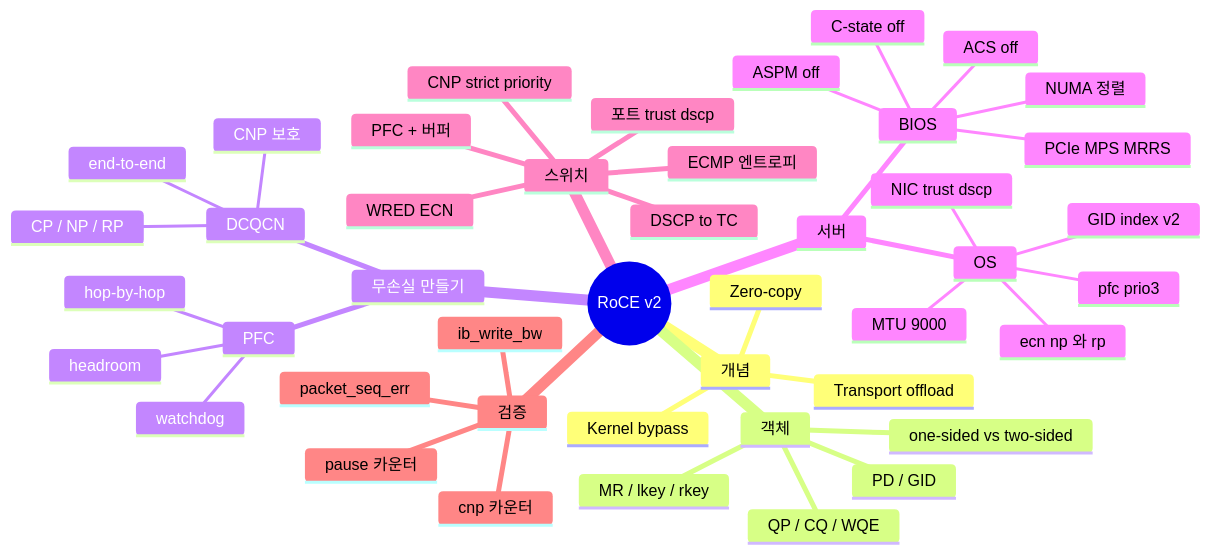
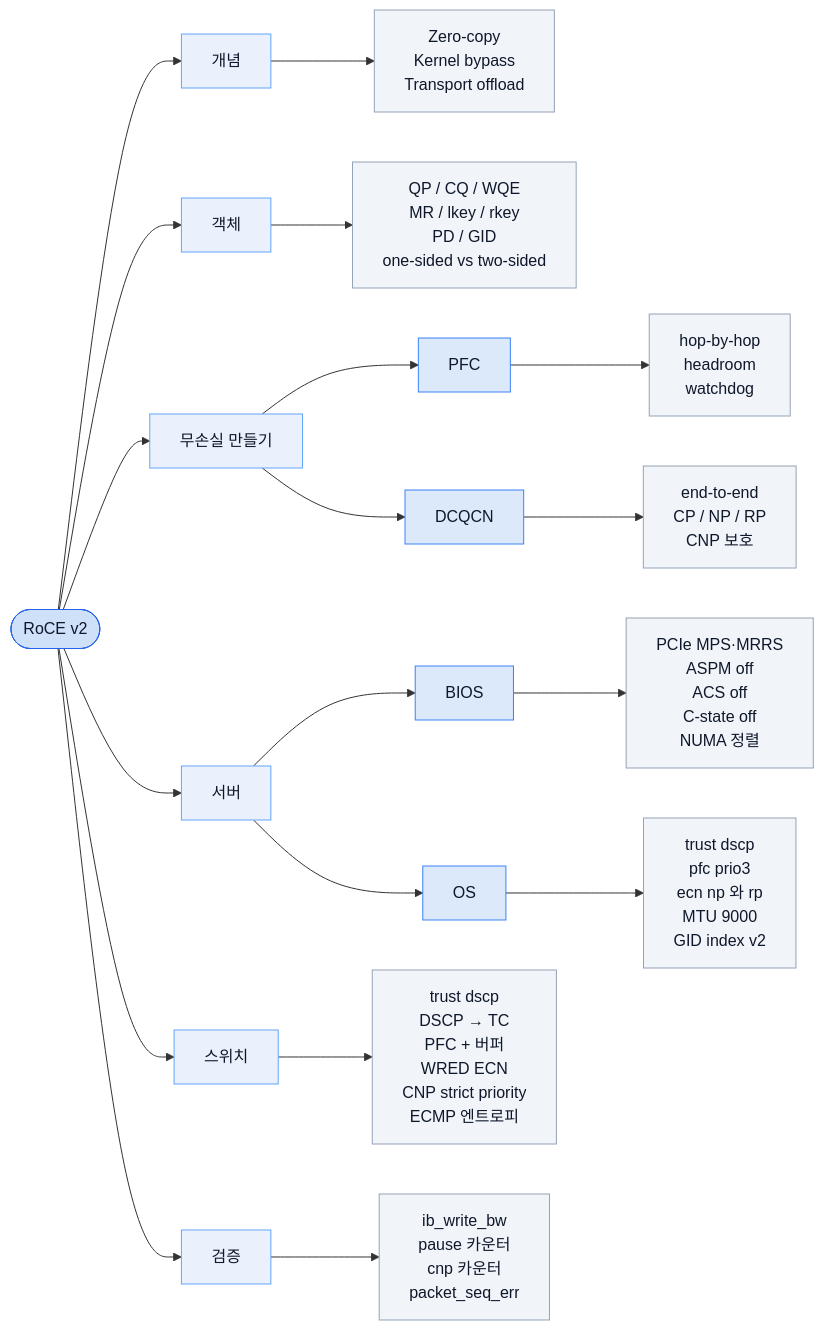
Diagram 33 of 33 in content/network/rdma-roce-deep-dive.md (kimduksoo/duksoo-tech-blog), drawn with Mermaid before and after one commit. The commit also changed other lines of this file, not shown here.

Commit message:
docs: OEM 카드 판별 절 추가(13.2), 정리 마인드맵을 flowchart로 교체
13장
- 13.2 신설: OEM 카드는 칩으로 판단한다
  Supermicro AOC-A100G-b2CG 를 예로 모델명 해독 → 칩(BCM57508) 확인
  → 13.1 표 대조 순서를 보인다
  NVRAM의 NIC+RDMA Mode, bnxt_en/bnxt_re 드라이버 짝,
  9장 명령이 NVIDIA 전용이라는 경고와 벤더별 도구 대조표 포함
- 기존 13.2~13.4 를 13.3~13.5 로 이동
- 13.4 확인 명령의 mlx5_0 하드코딩 제거. 벤더마다 디바이스 이름이
  달라 bnxt_re0, irdma0 에서는 동작하지 않았다
- 참고 자료에 Supermicro 데이터시트, Broadcom NetXtreme-E 문서 추가

15장
- 정리 마인드맵을 flowchart 트리로 교체. mindmap 타입은 style 지시를
  받지 않아 머메이드 자동 배색이 적용되고, 그 결과 일부 가지의
  글자색이 배경과 같은 밝은 색으로 잡혀 읽을 수 없었다
  (Zero-copy, Kernel bypass, QP/CQ/WQE 등)
- flowchart로 바꾸면서 나머지 다이어그램과 같은 light 팔레트 적용

Claude-Session: https://claude.ai/code/session_01X3VRahnd5mk44LfZhvADDr

````diff
--- a/content/network/rdma-roce-deep-dive.md
+++ b/content/network/rdma-roce-deep-dive.md
@@ -1413,47 +1469,49 @@
 ```mermaid
-mindmap
-  root(("RoCE v2"))
-    개념
-      Zero-copy
-      Kernel bypass
-      Transport offload
-    객체
-      QP / CQ / WQE
-      MR / lkey / rkey
-      PD / GID
-      one-sided vs two-sided
-    무손실 만들기
-      PFC
-        hop-by-hop
-        headroom
-        watchdog
-      DCQCN
-        end-to-end
-        CP / NP / RP
-        CNP 보호
-    서버
-      BIOS
-        PCIe MPS MRRS
-        ASPM off
-        ACS off
-        C-state off
-        NUMA 정렬
-      OS
-        NIC trust dscp
-        pfc prio3
-        ecn np 와 rp
-        MTU 9000
-        GID index v2
-    스위치
-      포트 trust dscp
-      DSCP to TC
-      PFC + 버퍼
-      WRED ECN
-      CNP strict priority
-      ECMP 엔트로피
-    검증
-      ib_write_bw
-      pause 카운터
-      cnp 카운터
-      packet_seq_err
+flowchart LR
+    R(["RoCE v2"])
+
+    R --> C["개념"]
+    R --> O["객체"]
+    R --> L["무손실 만들기"]
+    R --> S["서버"]
+    R --> W["스위치"]
+    R --> V["검증"]
+
+    C --> C1["Zero-copy<br/>Kernel bypass<br/>Transport offload"]
+
+    O --> O1["QP / CQ / WQE<br/>MR / lkey / rkey<br/>PD / GID<br/>one-sided vs two-sided"]
+
+    L --> LP["PFC"]
+    L --> LD["DCQCN"]
+    LP --> LP1["hop-by-hop<br/>headroom<br/>watchdog"]
+    LD --> LD1["end-to-end<br/>CP / NP / RP<br/>CNP 보호"]
+
+    S --> SB["BIOS"]
+    S --> SO["OS"]
+    SB --> SB1["PCIe MPS·MRRS<br/>ASPM off<br/>ACS off<br/>C-state off<br/>NUMA 정렬"]
+    SO --> SO1["trust dscp<br/>pfc prio3<br/>ecn np 와 rp<br/>MTU 9000<br/>GID index v2"]
+
+    W --> W1["trust dscp<br/>DSCP → TC<br/>PFC + 버퍼<br/>WRED ECN<br/>CNP strict priority<br/>ECMP 엔트로피"]
+
+    V --> V1["ib_write_bw<br/>pause 카운터<br/>cnp 카운터<br/>packet_seq_err"]
+
+    style R fill:#cfe0f9,stroke:#2563eb,color:#0f172a
+    style C fill:#eaf1fc,stroke:#60a5fa,color:#0f172a
+    style O fill:#eaf1fc,stroke:#60a5fa,color:#0f172a
+    style L fill:#eaf1fc,stroke:#60a5fa,color:#0f172a
+    style S fill:#eaf1fc,stroke:#60a5fa,color:#0f172a
+    style W fill:#eaf1fc,stroke:#60a5fa,color:#0f172a
+    style V fill:#eaf1fc,stroke:#60a5fa,color:#0f172a
+    style LP fill:#dce9fb,stroke:#3b82f6,color:#0f172a
+    style LD fill:#dce9fb,stroke:#3b82f6,color:#0f172a
+    style SB fill:#dce9fb,stroke:#3b82f6,color:#0f172a
+    style SO fill:#dce9fb,stroke:#3b82f6,color:#0f172a
+    style C1 fill:#f1f5f9,stroke:#94a3b8,color:#0f172a
+    style O1 fill:#f1f5f9,stroke:#94a3b8,color:#0f172a
+    style LP1 fill:#f1f5f9,stroke:#94a3b8,color:#0f172a
+    style LD1 fill:#f1f5f9,stroke:#94a3b8,color:#0f172a
+    style SB1 fill:#f1f5f9,stroke:#94a3b8,color:#0f172a
+    style SO1 fill:#f1f5f9,stroke:#94a3b8,color:#0f172a
+    style W1 fill:#f1f5f9,stroke:#94a3b8,color:#0f172a
+    style V1 fill:#f1f5f9,stroke:#94a3b8,color:#0f172a
 ```
````
